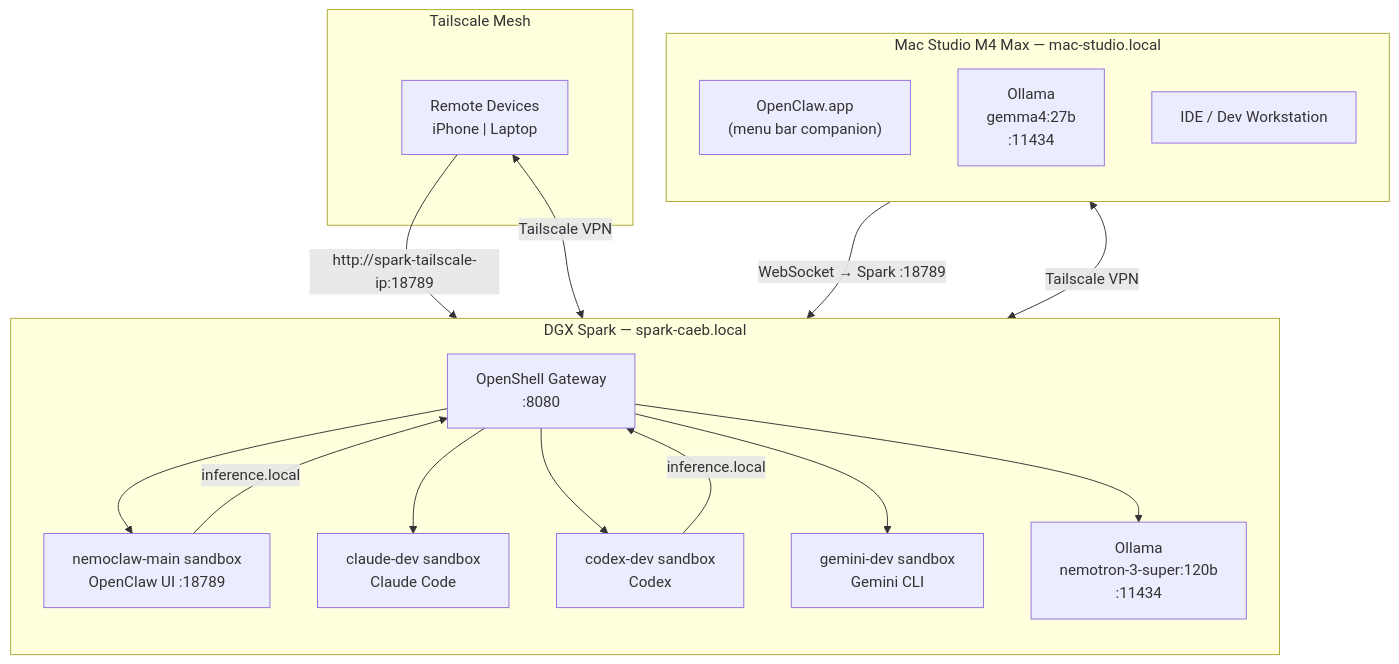
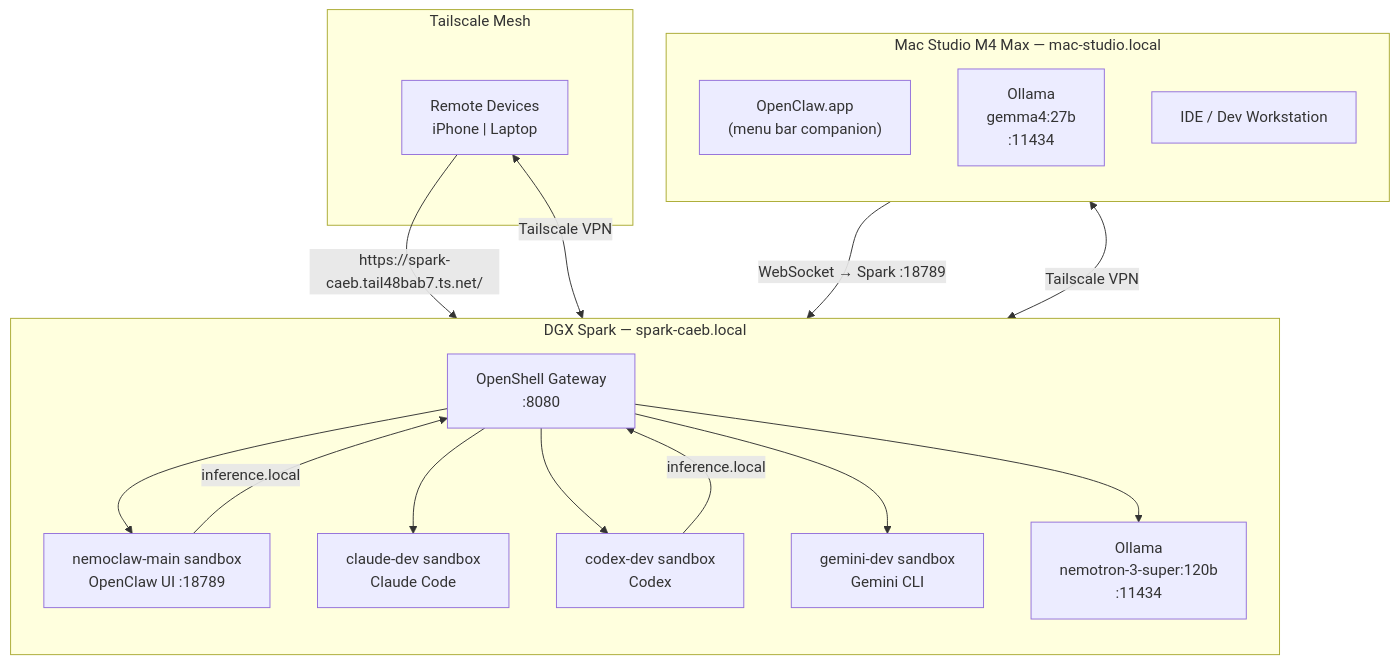
The second of 2 diagrams in README.md (macayaven/nemoclaw), drawn with Mermaid before and after one commit. The commit also changed other lines of this file and 84 other files, not shown here.

````diff
--- a/README.md
+++ b/README.md
@@ -55,31 +55,31 @@
 ```mermaid
 graph TB
     subgraph SPARK["DGX Spark — spark-caeb.local"]
         direction TB
         OSG["OpenShell Gateway\n:8080"]
         SB_OC["nemoclaw-main sandbox\nOpenClaw UI :18789"]
         SB_CC["claude-dev sandbox\nClaude Code"]
         SB_CX["codex-dev sandbox\nCodex"]
         SB_GC["gemini-dev sandbox\nGemini CLI"]
         OLLAMA_S["Ollama\nnemotron-3-super:120b\n:11434"]
         OSG --> SB_OC & SB_CC & SB_CX & SB_GC
         SB_OC & SB_CX -- "inference.local" --> OSG
         OSG --> OLLAMA_S
     end
 
     subgraph MAC["Mac Studio M4 Max — mac-studio.local"]
         direction TB
         OPENCLAW_APP["OpenClaw.app\n(menu bar companion)"]
         OLLAMA_M["Ollama\ngemma4:27b\n:11434"]
         IDE["IDE / Dev Workstation"]
         OPENCLAW_APP -- "WebSocket → Spark :18789" --> OSG
     end
 
     subgraph TAILSCALE["Tailscale Mesh"]
         REMOTE["Remote Devices\niPhone  |  Laptop"]
     end
 
     SPARK <-- "Tailscale VPN" --> MAC
     REMOTE <-- "Tailscale VPN" --> SPARK
-    REMOTE -- "http://spark-tailscale-ip:18789" --> SB_OC
+    REMOTE -- "https://spark-caeb.tail48bab7.ts.net/" --> SB_OC
 ```
````
